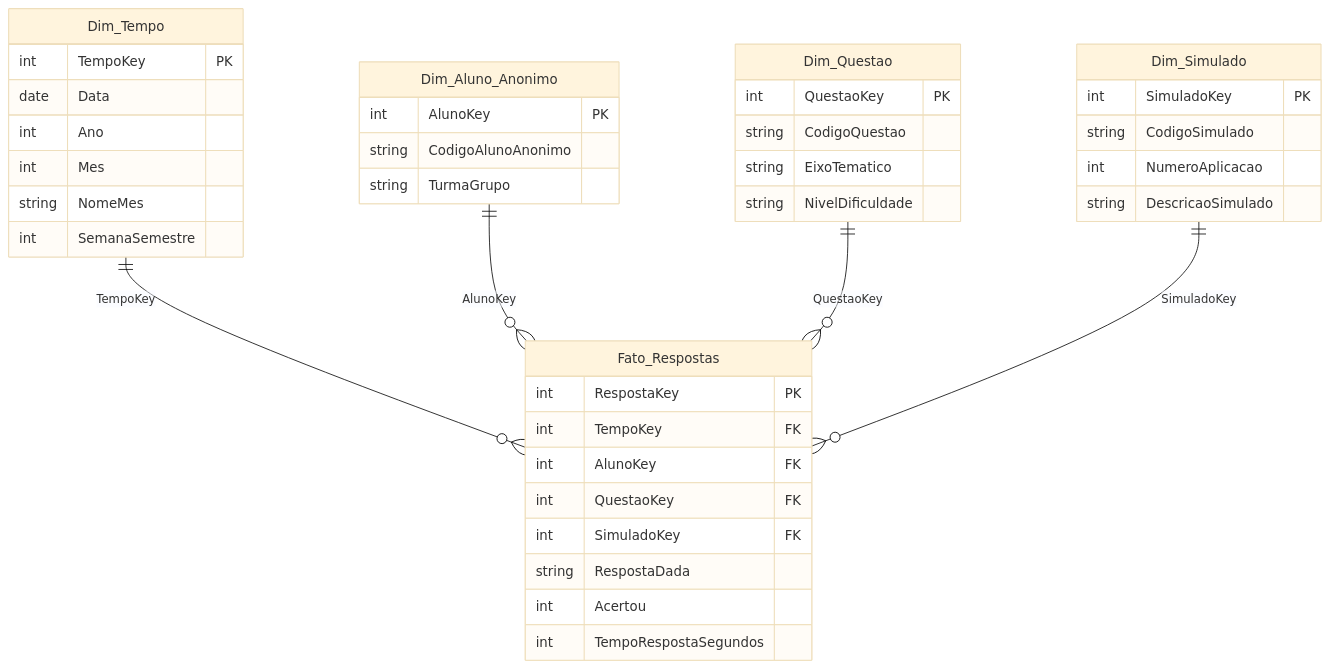
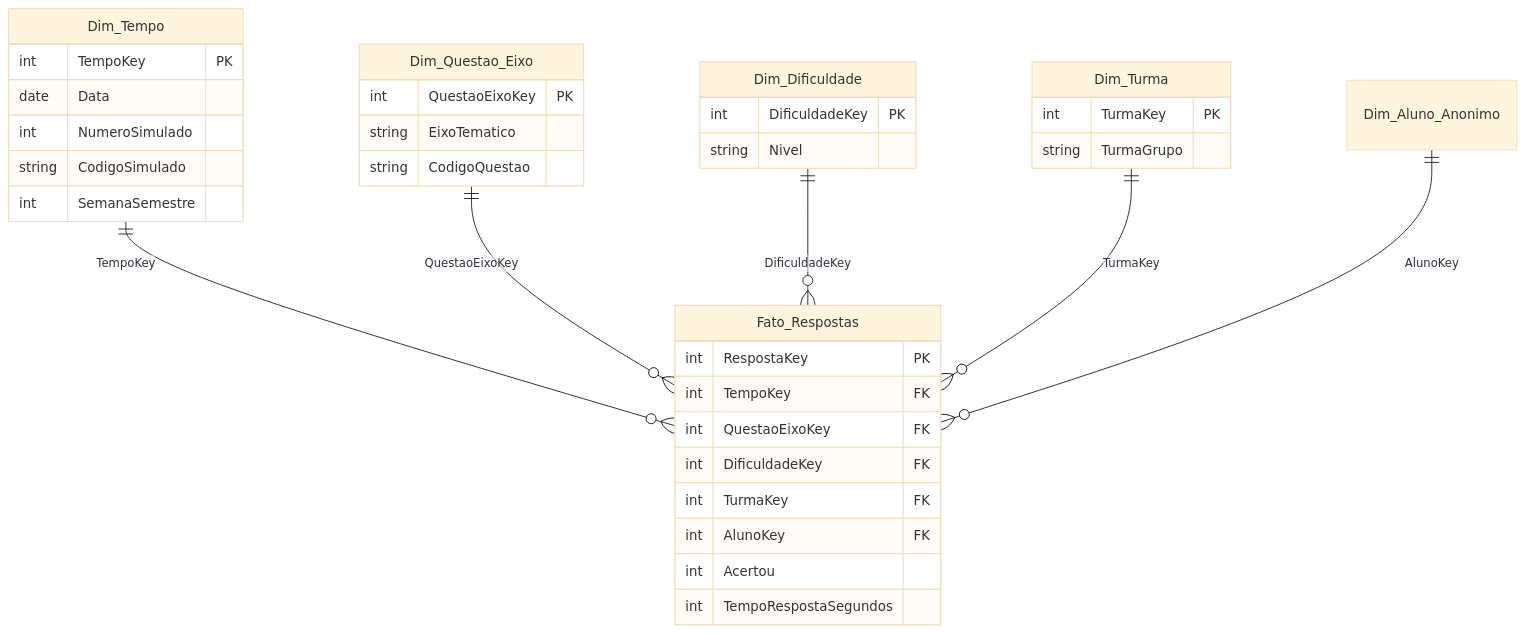
Before and after one commit to joaojuniorbr/ifpr-enade-analytics: the diagram in marco-2.md, drawn with Mermaid (base theme). The commit also changed other lines of this file and 55 other files, not shown here.

````diff
--- a/marco-2.md
+++ b/marco-2.md
@@ -63,47 +66,43 @@
 ```mermaid
 erDiagram
     Dim_Tempo ||--o{ Fato_Respostas : TempoKey
+    Dim_Questao_Eixo ||--o{ Fato_Respostas : QuestaoEixoKey
+    Dim_Dificuldade ||--o{ Fato_Respostas : DificuldadeKey
+    Dim_Turma ||--o{ Fato_Respostas : TurmaKey
     Dim_Aluno_Anonimo ||--o{ Fato_Respostas : AlunoKey
-    Dim_Questao ||--o{ Fato_Respostas : QuestaoKey
-    Dim_Simulado ||--o{ Fato_Respostas : SimuladoKey
 
     Fato_Respostas {
         int RespostaKey PK
         int TempoKey FK
+        int QuestaoEixoKey FK
+        int DificuldadeKey FK
+        int TurmaKey FK
         int AlunoKey FK
-        int QuestaoKey FK
-        int SimuladoKey FK
-        string RespostaDada
         int Acertou
         int TempoRespostaSegundos
     }
 
     Dim_Tempo {
         int TempoKey PK
         date Data
-        int Ano
-        int Mes
-        string NomeMes
+        int NumeroSimulado
+        string CodigoSimulado
         int SemanaSemestre
     }
 
-    Dim_Aluno_Anonimo {
-        int AlunoKey PK
-        string CodigoAlunoAnonimo
+    Dim_Questao_Eixo {
+        int QuestaoEixoKey PK
+        string EixoTematico
+        string CodigoQuestao
+    }
+
+    Dim_Dificuldade {
+        int DificuldadeKey PK
+        string Nivel
+    }
+
+    Dim_Turma {
+        int TurmaKey PK
         string TurmaGrupo
     }
-
-    Dim_Questao {
-        int QuestaoKey PK
-        string CodigoQuestao
-        string EixoTematico
-        string NivelDificuldade
-    }
-
-    Dim_Simulado {
-        int SimuladoKey PK
-        string CodigoSimulado
-        int NumeroAplicacao
-        string DescricaoSimulado
-    }
 ```
````
